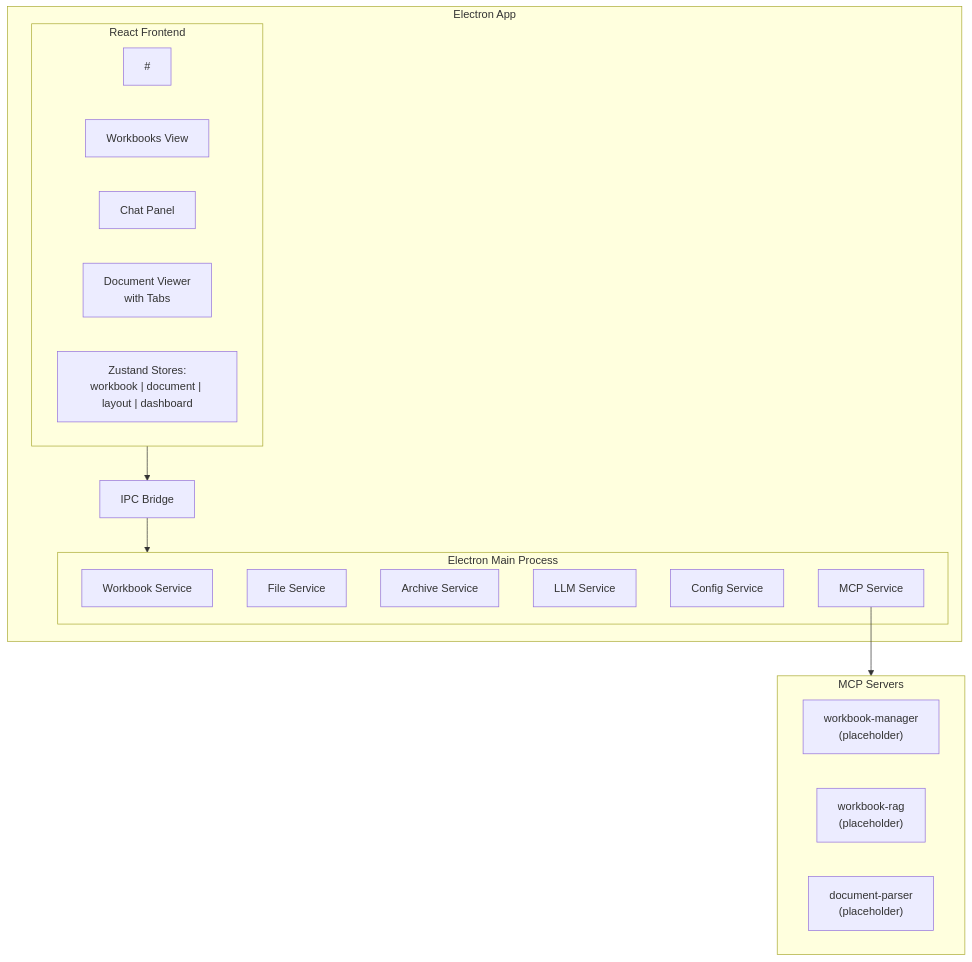
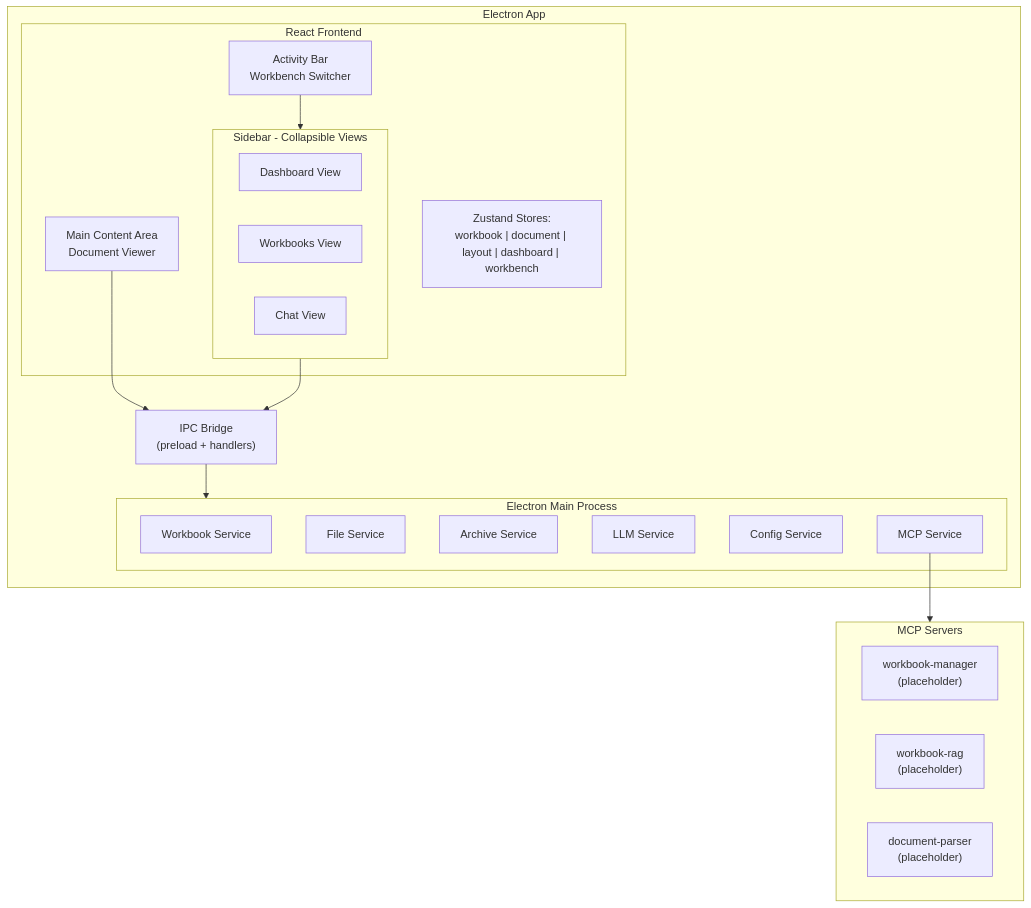
The first of 18 diagrams in insightlm_spec.md (laserpointlabs/insightLM-LT), drawn with Mermaid before and after one commit. The commit also changed other lines of this file and 4 other files, not shown here.

````diff
--- a/insightlm_spec.md
+++ b/insightlm_spec.md
@@ -54,33 +54,41 @@
 ```mermaid
 graph TB
     subgraph Electron["Electron App"]
         subgraph Frontend["React Frontend"]
-            #
-            WV[Workbooks View]
-            CP[Chat Panel]
-            DV[Document Viewer<br/>with Tabs]
-            Stores["Zustand Stores:<br/>workbook | document | layout | dashboard"]
+            AB[Activity Bar<br/>Workbench Switcher]
+
+            subgraph Sidebar["Sidebar - Collapsible Views"]
+                DV["Dashboard View"]
+                WV["Workbooks View"]
+                CV["Chat View"]
+            end
+
+            MCA["Main Content Area<br/>Document Viewer"]
+
+            Stores["Zustand Stores:<br/>workbook | document | layout | dashboard | workbench"]
         end
 
-        IPC[IPC Bridge]
+        IPC["IPC Bridge<br/>(preload + handlers)"]
 
         subgraph Main["Electron Main Process"]
             WS[Workbook Service]
             FS[File Service]
             AS[Archive Service]
             LS[LLM Service]
             CS[Config Service]
             MS[MCP Service]
         end
     end
 
     subgraph MCP["MCP Servers"]
         WM["workbook-manager<br/>(placeholder)"]
         WR["workbook-rag<br/>(placeholder)"]
         DP["document-parser<br/>(placeholder)"]
     end
 
-    Frontend --> IPC
+    AB --> Sidebar
+    Sidebar --> IPC
+    MCA --> IPC
     IPC --> Main
     MS --> MCP
 ```
````
